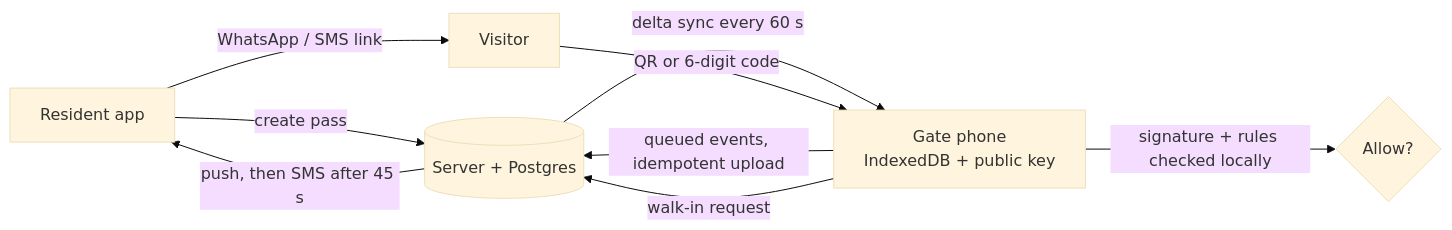
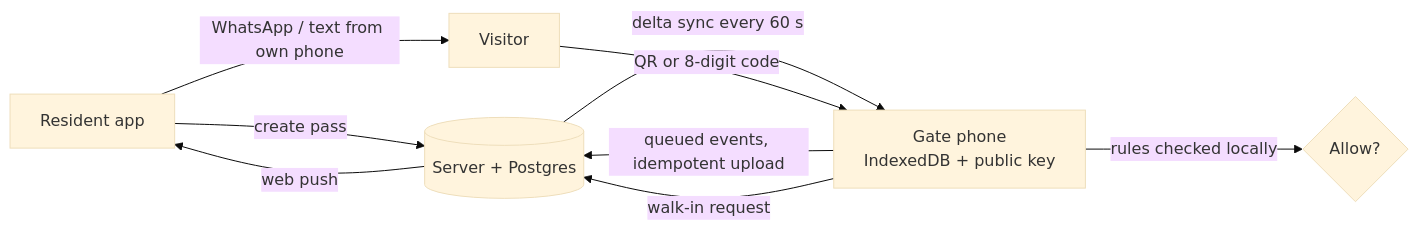
One commit to Hunter-007/opensesma changed the diagram in README.md. Above: the diagram before and after it, drawn with Mermaid (base theme). The commit also changed other lines of this file and 2 other files, not shown here.

First line of the commit message:
Update README and architecture notes for link sign-in and WhatsApp/text sharing

````diff
--- a/README.md
+++ b/README.md
@@ -18,10 +18,10 @@
 ```mermaid
 flowchart LR
   R[Resident app] -- create pass --> S[(Server + Postgres)]
-  R -- WhatsApp / SMS link --> V[Visitor]
+  R -- WhatsApp / text from own phone --> V[Visitor]
   S -- delta sync every 60 s --> G[Gate phone<br/>IndexedDB + public key]
-  V -- QR or 6-digit code --> G
-  G -- signature + rules checked locally --> D{Allow?}
+  V -- QR or 8-digit code --> G
+  G -- rules checked locally --> D{Allow?}
   G -- queued events, idempotent upload --> S
-  G -- walk-in request --> S -- push, then SMS after 45 s --> R
+  G -- walk-in request --> S -- web push --> R
 ```
````
